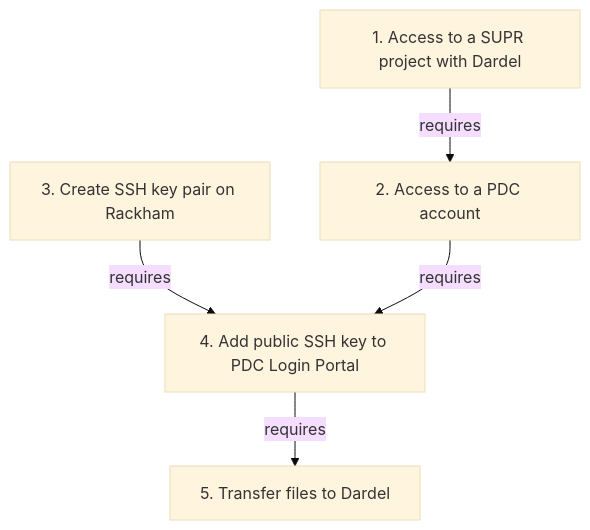
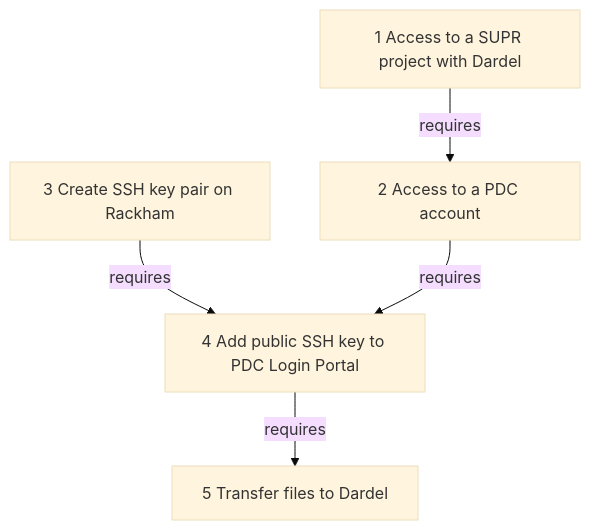
One commit to UPPMAX/UPPMAX-documentation changed the diagram in docs/cluster_guides/transfer_dardel.md. Above: the diagram before and after it, drawn with Mermaid (base theme). The commit also changed 1 other file, not shown here.

Commit message:
Removed periods in mermaid flowchart description texts.

````diff
--- a/docs/cluster_guides/transfer_dardel.md
+++ b/docs/cluster_guides/transfer_dardel.md
@@ -23,13 +23,13 @@
 ```mermaid
 flowchart TD
-  get_supr_project[1. Access to a SUPR project with Dardel]
-  get_pdc_account[2. Access to a PDC account]
-  create_ssh_key[3. Create SSH key pair on Rackham]
-  add_ssh_key[4. Add public SSH key to PDC Login Portal]
-  transfer_files[5. Transfer files to Dardel]
+  get_supr_project[1 Access to a SUPR project with Dardel]
+  get_pdc_account[2 Access to a PDC account]
+  create_ssh_key[3 Create SSH key pair on Rackham]
+  add_ssh_key[4 Add public SSH key to PDC Login Portal]
+  transfer_files[5 Transfer files to Dardel]
 
   get_supr_project --> |requires| get_pdc_account
   create_ssh_key --> |requires| add_ssh_key
   get_pdc_account --> |requires| add_ssh_key
   add_ssh_key --> |requires| transfer_files
 ```
````
